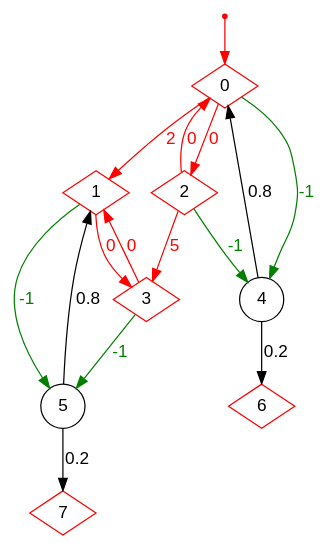
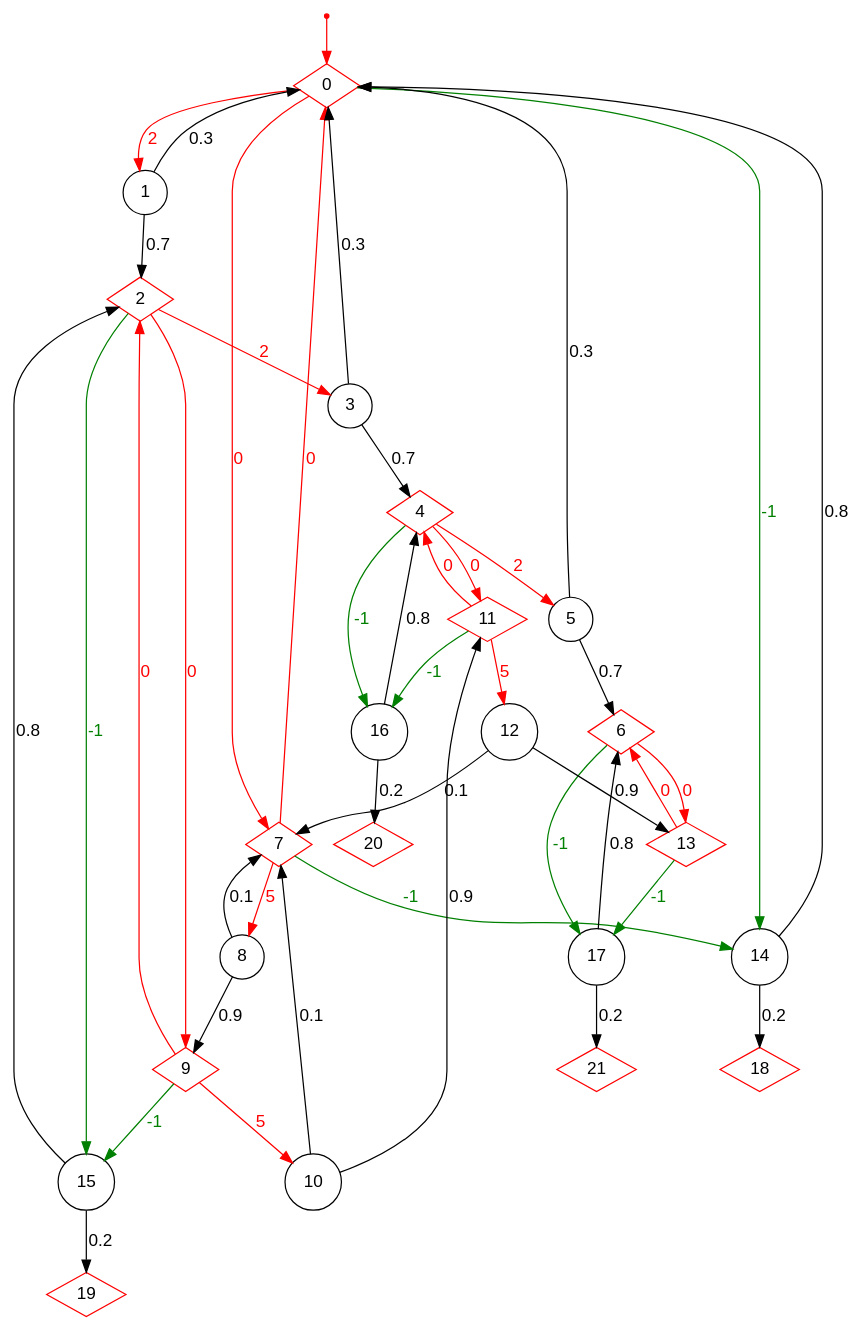
Before and after one commit to akiralane/prism-energy-mdps: the diagram in emdp-examples/case-study/study.dot, drawn with Graphviz. The commit also changed 4 other files, not shown here.

```diff
--- a/emdp-examples/case-study/study.dot
+++ b/emdp-examples/case-study/study.dot
@@ -1,27 +1,69 @@
 digraph EMDP {
 node [label="",fontname="Helvetica",shape="circle"];
 0 [label="0",color="red",shape="diamond"];
 "0i" [label="",color="red",shape="point"];
 "0i" -> 0 [label="",color="red"];
 0 -> 1 [label="2",color="red",fontcolor="red",fontname="Helvetica"];
-0 -> 2 [label="0",color="red",fontcolor="red",fontname="Helvetica"];
-0 -> 4 [label="-1",color="green",fontcolor="green",fontname="Helvetica"];
-1 [label="1",color="red",shape="diamond"];
-1 -> 3 [label="0",color="red",fontcolor="red",fontname="Helvetica"];
-1 -> 5 [label="-1",color="green",fontcolor="green",fontname="Helvetica"];
+0 -> 7 [label="0",color="red",fontcolor="red",fontname="Helvetica"];
+0 -> 14 [label="-1",color="green",fontcolor="green",fontname="Helvetica"];
+1 [label="1",color="black"];
+1 -> 0 [label="0.3",color="black",fontcolor="black",fontname="Helvetica"];
+1 -> 2 [label="0.7",color="black",fontcolor="black",fontname="Helvetica"];
 2 [label="2",color="red",shape="diamond"];
-2 -> 0 [label="0",color="red",fontcolor="red",fontname="Helvetica"];
-2 -> 3 [label="5",color="red",fontcolor="red",fontname="Helvetica"];
-2 -> 4 [label="-1",color="green",fontcolor="green",fontname="Helvetica"];
-3 [label="3",color="red",shape="diamond"];
-3 -> 1 [label="0",color="red",fontcolor="red",fontname="Helvetica"];
-3 -> 5 [label="-1",color="green",fontcolor="green",fontname="Helvetica"];
-4 [label="4",color="black"];
-4 -> 0 [label="0.8",color="black",fontcolor="black",fontname="Helvetica"];
-4 -> 6 [label="0.2",color="black",fontcolor="black",fontname="Helvetica"];
+2 -> 3 [label="2",color="red",fontcolor="red",fontname="Helvetica"];
+2 -> 9 [label="0",color="red",fontcolor="red",fontname="Helvetica"];
+2 -> 15 [label="-1",color="green",fontcolor="green",fontname="Helvetica"];
+3 [label="3",color="black"];
+3 -> 0 [label="0.3",color="black",fontcolor="black",fontname="Helvetica"];
+3 -> 4 [label="0.7",color="black",fontcolor="black",fontname="Helvetica"];
+4 [label="4",color="red",shape="diamond"];
+4 -> 16 [label="-1",color="green",fontcolor="green",fontname="Helvetica"];
+4 -> 5 [label="2",color="red",fontcolor="red",fontname="Helvetica"];
+4 -> 11 [label="0",color="red",fontcolor="red",fontname="Helvetica"];
 5 [label="5",color="black"];
-5 -> 1 [label="0.8",color="black",fontcolor="black",fontname="Helvetica"];
-5 -> 7 [label="0.2",color="black",fontcolor="black",fontname="Helvetica"];
+5 -> 0 [label="0.3",color="black",fontcolor="black",fontname="Helvetica"];
+5 -> 6 [label="0.7",color="black",fontcolor="black",fontname="Helvetica"];
 6 [label="6",color="red",shape="diamond"];
+6 -> 17 [label="-1",color="green",fontcolor="green",fontname="Helvetica"];
+6 -> 13 [label="0",color="red",fontcolor="red",fontname="Helvetica"];
 7 [label="7",color="red",shape="diamond"];
+7 -> 0 [label="0",color="red",fontcolor="red",fontname="Helvetica"];
+7 -> 8 [label="5",color="red",fontcolor="red",fontname="Helvetica"];
+7 -> 14 [label="-1",color="green",fontcolor="green",fontname="Helvetica"];
+8 [label="8",color="black"];
+8 -> 7 [label="0.1",color="black",fontcolor="black",fontname="Helvetica"];
+8 -> 9 [label="0.9",color="black",fontcolor="black",fontname="Helvetica"];
+9 [label="9",color="red",shape="diamond"];
+9 -> 2 [label="0",color="red",fontcolor="red",fontname="Helvetica"];
+9 -> 10 [label="5",color="red",fontcolor="red",fontname="Helvetica"];
+9 -> 15 [label="-1",color="green",fontcolor="green",fontname="Helvetica"];
+10 [label="10",color="black"];
+10 -> 7 [label="0.1",color="black",fontcolor="black",fontname="Helvetica"];
+10 -> 11 [label="0.9",color="black",fontcolor="black",fontname="Helvetica"];
+11 [label="11",color="red",shape="diamond"];
+11 -> 16 [label="-1",color="green",fontcolor="green",fontname="Helvetica"];
+11 -> 4 [label="0",color="red",fontcolor="red",fontname="Helvetica"];
+11 -> 12 [label="5",color="red",fontcolor="red",fontname="Helvetica"];
+12 [label="12",color="black"];
+12 -> 7 [label="0.1",color="black",fontcolor="black",fontname="Helvetica"];
+12 -> 13 [label="0.9",color="black",fontcolor="black",fontname="Helvetica"];
+13 [label="13",color="red",shape="diamond"];
+13 -> 17 [label="-1",color="green",fontcolor="green",fontname="Helvetica"];
+13 -> 6 [label="0",color="red",fontcolor="red",fontname="Helvetica"];
+14 [label="14",color="black"];
+14 -> 0 [label="0.8",color="black",fontcolor="black",fontname="Helvetica"];
+14 -> 18 [label="0.2",color="black",fontcolor="black",fontname="Helvetica"];
+15 [label="15",color="black"];
+15 -> 2 [label="0.8",color="black",fontcolor="black",fontname="Helvetica"];
+15 -> 19 [label="0.2",color="black",fontcolor="black",fontname="Helvetica"];
+16 [label="16",color="black"];
+16 -> 20 [label="0.2",color="black",fontcolor="black",fontname="Helvetica"];
+16 -> 4 [label="0.8",color="black",fontcolor="black",fontname="Helvetica"];
+17 [label="17",color="black"];
+17 -> 21 [label="0.2",color="black",fontcolor="black",fontname="Helvetica"];
+17 -> 6 [label="0.8",color="black",fontcolor="black",fontname="Helvetica"];
+18 [label="18",color="red",shape="diamond"];
+19 [label="19",color="red",shape="diamond"];
+20 [label="20",color="red",shape="diamond"];
+21 [label="21",color="red",shape="diamond"];
 }
```
